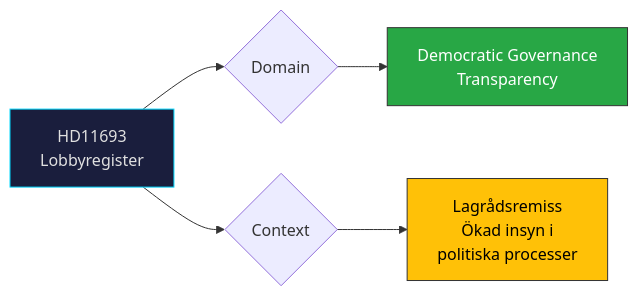
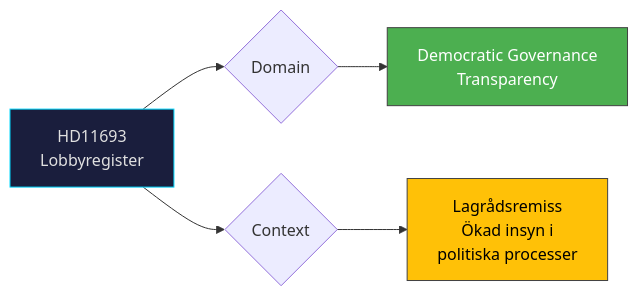
The diagram in analysis/daily/2026-04-08/realtime-1027/documents/hd11693-analysis.md (Hack23/riksdagsmonitor), drawn with Mermaid before and after one commit. The commit also changed 785 other files, not shown here.

First line of the commit message:
Normalize mermaid colors across 786 analysis artifacts to ISMS Style Guide palette

````diff
--- a/analysis/daily/2026-04-08/realtime-1027/documents/hd11693-analysis.md
+++ b/analysis/daily/2026-04-08/realtime-1027/documents/hd11693-analysis.md
@@ -17,12 +17,12 @@
 ```mermaid
 graph LR
     A["HD11693<br/>Lobbyregister"] --> B{"Domain"}
     B --> C["Democratic Governance<br/>Transparency"]
     
     A --> D{"Context"}
     D --> E["Lagrådsremiss<br/>Ökad insyn i<br/>politiska processer"]
     
     style A fill:#1a1e3d,stroke:#00d9ff,color:#e0e0e0
-    style C fill:#28a745,stroke:#333,color:#fff
-    style E fill:#ffc107,stroke:#333,color:#000
+    style C fill:#4CAF50,stroke:#424242,color:#FFFFFF
+    style E fill:#FFC107,stroke:#424242,color:#000000
 ```
````
